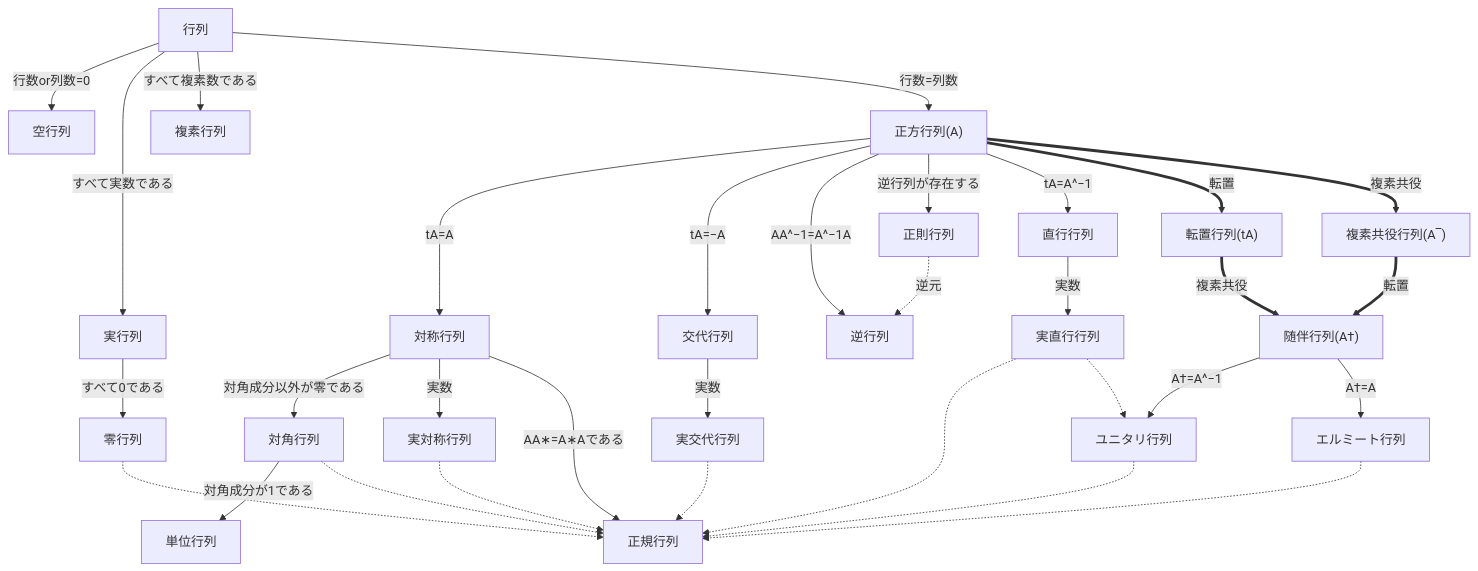
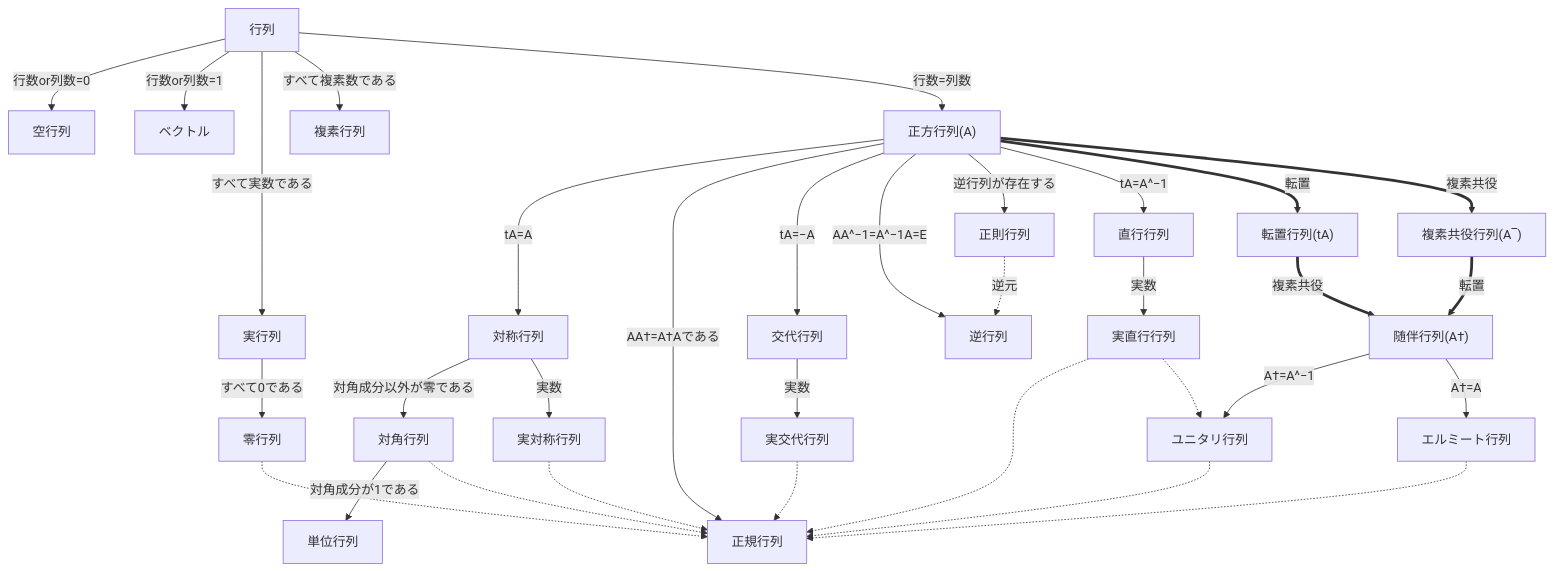
One commit to GOAMI-Takaaki/physics changed the diagram in Matrix.md. Above: the diagram before and after it, drawn with Mermaid. The commit also changed other lines of this file, not shown here.

Commit message:
Add matrix details

````diff
--- a/Matrix.md
+++ b/Matrix.md
@@ -6,72 +18,77 @@
 ```mermaid
 flowchart TD
     matrix["行列"]
+
     empty["空行列"]
+    vector["ベクトル"]
+
     real["実行列"]
     zero["零行列"]
     complex["複素行列"]
 
     square["正方行列(A)"]
 
     symmetric["対称行列"]
     realSymmetric["実対称行列"]
 
     diagonal["対角行列"]
     identity["単位行列"]
 
     antiSymmetric["交代行列"]
     realAntiSymmetric["実交代行列"]
 
     regular["正則行列"]
     inverse["逆行列"]
 
     orthogonal["直行行列"]
     realOrthogonal["実直行行列"]
     transpose["転置行列(tA)"]
     complexConjugate["複素共役行列(A‾)"]
 
     adjoint["随伴行列(A†)"]
     normal["正規行列"]
     hermitian["エルミート行列"]
     unitary["ユニタリ行列"]
 
     matrix --"行数or列数=0"--> empty
+    matrix --"行数or列数=1"--> vector
+
     matrix --"すべて実数である"--> real
     real --"すべて0である"--> zero
     matrix --"すべて複素数である"--> complex
     matrix --"行数=列数"--> square
 
     square --"tA=A"--> symmetric
     symmetric --"対角成分以外が零である"--> diagonal
     symmetric --"実数"--> realSymmetric
-    symmetric --"AA∗=A∗Aである"--> normal
+    square --"AA†=A†Aである"--> normal
 
     diagonal --"対角成分が1である"--> identity
 
     square --"tA=−A"--> antiSymmetric
     antiSymmetric --"実数"--> realAntiSymmetric
 
-    square --"AA^−1=A^−1A"--> inverse
+    square --"AA^−1=A^−1A=E"--> inverse
     square --"逆行列が存在する"--> regular
     regular -."逆元".-> inverse
 
     square --"tA=A^−1"--> orthogonal
     orthogonal --"実数"--> realOrthogonal
 
     square ==転置==> transpose
     square ==複素共役==> complexConjugate
     transpose ==複素共役==> adjoint
     complexConjugate ==転置==> adjoint
 
     unitary -.-> normal
     zero -.-> normal
     realSymmetric -.-> normal
     realAntiSymmetric -.-> normal
     realOrthogonal -.-> normal
     diagonal -.-> normal
     hermitian -.-> normal
 
     realOrthogonal -.-> unitary
     adjoint --"A†=A^−1"--> unitary
     adjoint --"A†=A"--> hermitian
 ```
````
